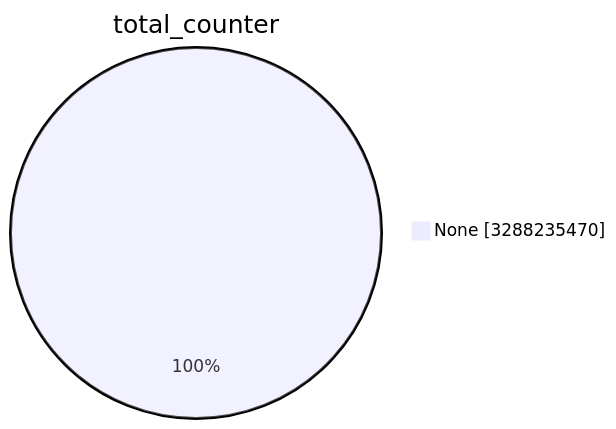
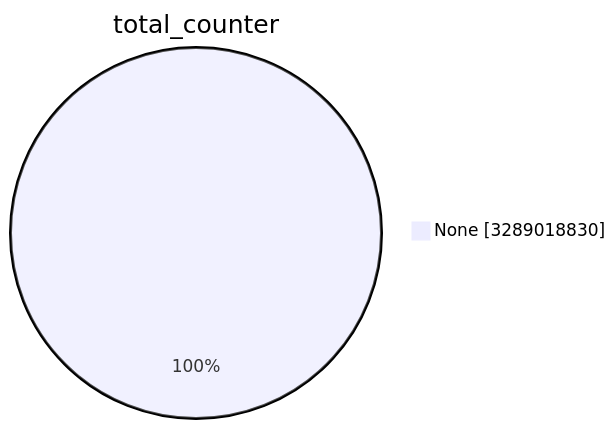
The first of 15 diagrams in TOTAL/README.md (christiankrug/ctmonitor_visualization), drawn with Mermaid before and after one commit. The commit also changed other lines of this file, not shown here.

````diff
--- a/TOTAL/README.md
+++ b/TOTAL/README.md
@@ -1,5 +1,5 @@
 ```mermaid
 pie showData
 title total_counter
-"None" :3288235470
+"None" :3289018830
 ```
````
